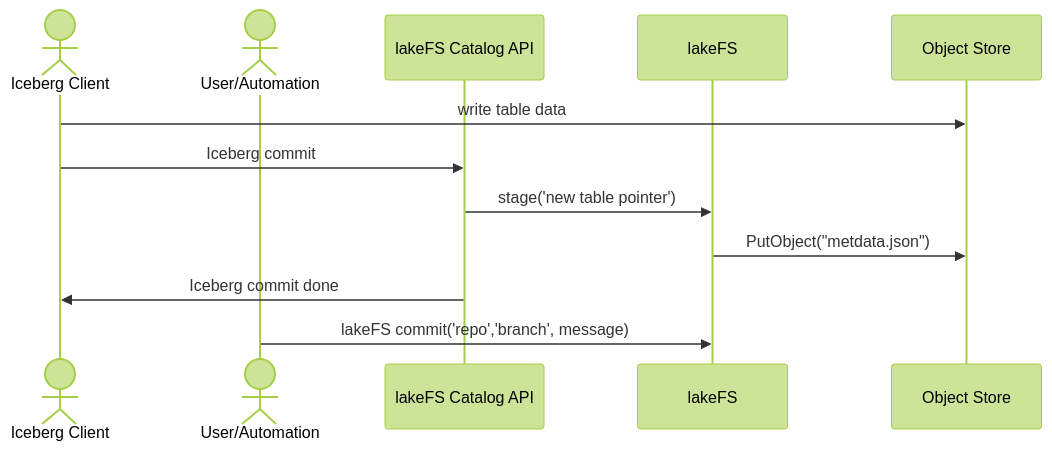
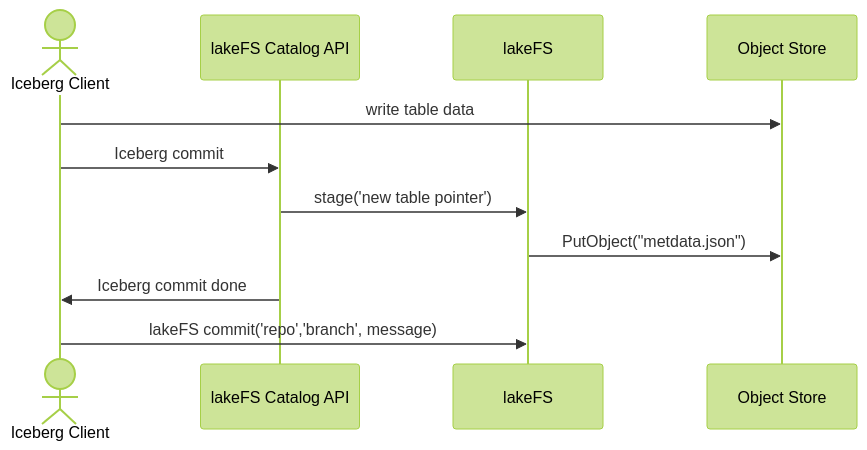
The second of 2 diagrams in docs/src/integrations/iceberg.md (treeverse/lakeFS), drawn with Mermaid (forest theme) before and after one commit.

Commit message:
Update actors

````diff
--- a/docs/src/integrations/iceberg.md
+++ b/docs/src/integrations/iceberg.md
@@ -396,14 +396,13 @@
 ```mermaid
 sequenceDiagram
     Actor Iceberg Client
-    Actor User/Automation
     participant lakeFS Catalog API
     participant lakeFS
     participant Object Store
     Iceberg Client->>Object Store: write table data
     Iceberg Client->>lakeFS Catalog API: Iceberg commit
     lakeFS Catalog API->>lakeFS: stage('new table pointer')
     lakeFS->>Object Store: PutObject("metdata.json")
     lakeFS Catalog API->>Iceberg Client: Iceberg commit done
-    User/Automation->>lakeFS: lakeFS commit('repo','branch', message)
+    Iceberg Client->>lakeFS: lakeFS commit('repo','branch', message)
 ```
````
